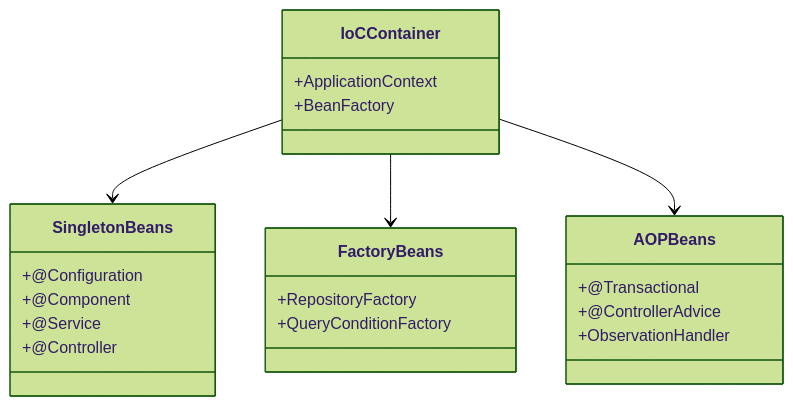
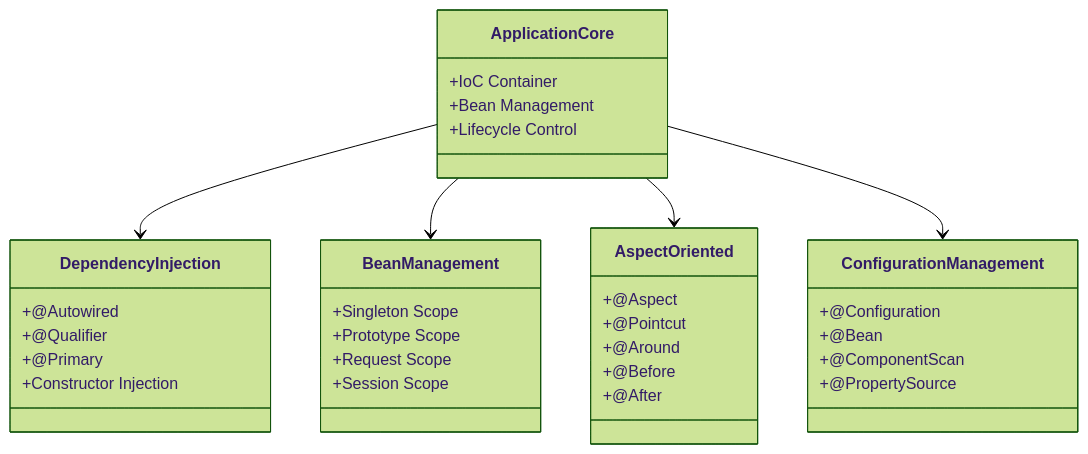
One commit to Vinskao/ty-multiverse-backend changed the first of 16 diagrams in README.md. Above: the diagram before and after it, drawn with Mermaid (forest theme). The commit also changed other lines of this file, not shown here.

Commit message:
info: update graph

````diff
--- a/README.md
+++ b/README.md
@@ -7,29 +7,42 @@
 ```mermaid
 classDiagram
-    class IoCContainer {
-        +ApplicationContext
-        +BeanFactory
+    class ApplicationCore {
+        +IoC Container
+        +Bean Management
+        +Lifecycle Control
     }
     
-    class SingletonBeans {
-        +@Configuration
-        +@Component
-        +@Service
-        +@Controller
+    class DependencyInjection {
+        +@Autowired
+        +@Qualifier
+        +@Primary
+        +Constructor Injection
     }
     
-    class FactoryBeans {
-        +RepositoryFactory
-        +QueryConditionFactory
+    class BeanManagement {
+        +Singleton Scope
+        +Prototype Scope
+        +Request Scope
+        +Session Scope
     }
     
-    class AOPBeans {
-        +@Transactional
-        +@ControllerAdvice
-        +ObservationHandler
+    class AspectOriented {
+        +@Aspect
+        +@Pointcut
+        +@Around
+        +@Before
+        +@After
     }
     
-    IoCContainer --> SingletonBeans
-    IoCContainer --> FactoryBeans
-    IoCContainer --> AOPBeans
+    class ConfigurationManagement {
+        +@Configuration
+        +@Bean
+        +@ComponentScan
+        +@PropertySource
+    }
+    
+    ApplicationCore --> DependencyInjection
+    ApplicationCore --> BeanManagement
+    ApplicationCore --> AspectOriented
+    ApplicationCore --> ConfigurationManagement
 ```
````
